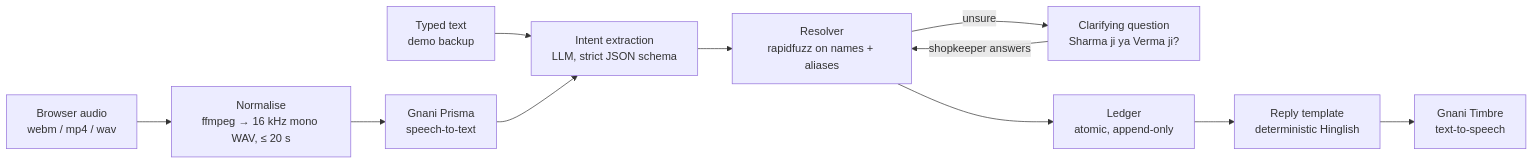
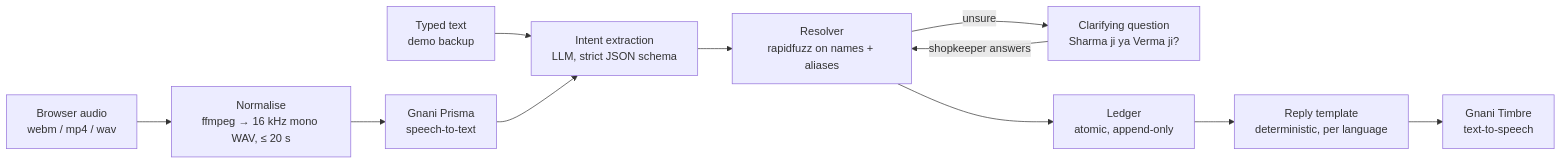
The diagram in README.md (Shantanu700/khata_flow_backend), drawn with Mermaid before and after one commit. The commit also changed other lines of this file and 51 other files, not shown here.

````diff
--- a/README.md
+++ b/README.md
@@ -18,13 +18,13 @@
 ```mermaid
 flowchart LR
     A[Browser audio<br/>webm / mp4 / wav] --> B[Normalise<br/>ffmpeg → 16 kHz mono WAV, ≤ 20 s]
     T[Typed text<br/>demo backup] --> D
     B --> C[Gnani Prisma<br/>speech-to-text]
     C --> D[Intent extraction<br/>LLM, strict JSON schema]
     D --> E[Resolver<br/>rapidfuzz on names + aliases]
     E -->|unsure| Q[Clarifying question<br/>Sharma ji ya Verma ji?]
     Q -->|shopkeeper answers| E
     E --> F[Ledger<br/>atomic, append-only]
-    F --> G[Reply template<br/>deterministic Hinglish]
+    F --> G[Reply template<br/>deterministic, per language]
     G --> H[Gnani Timbre<br/>text-to-speech]
 ```
````
